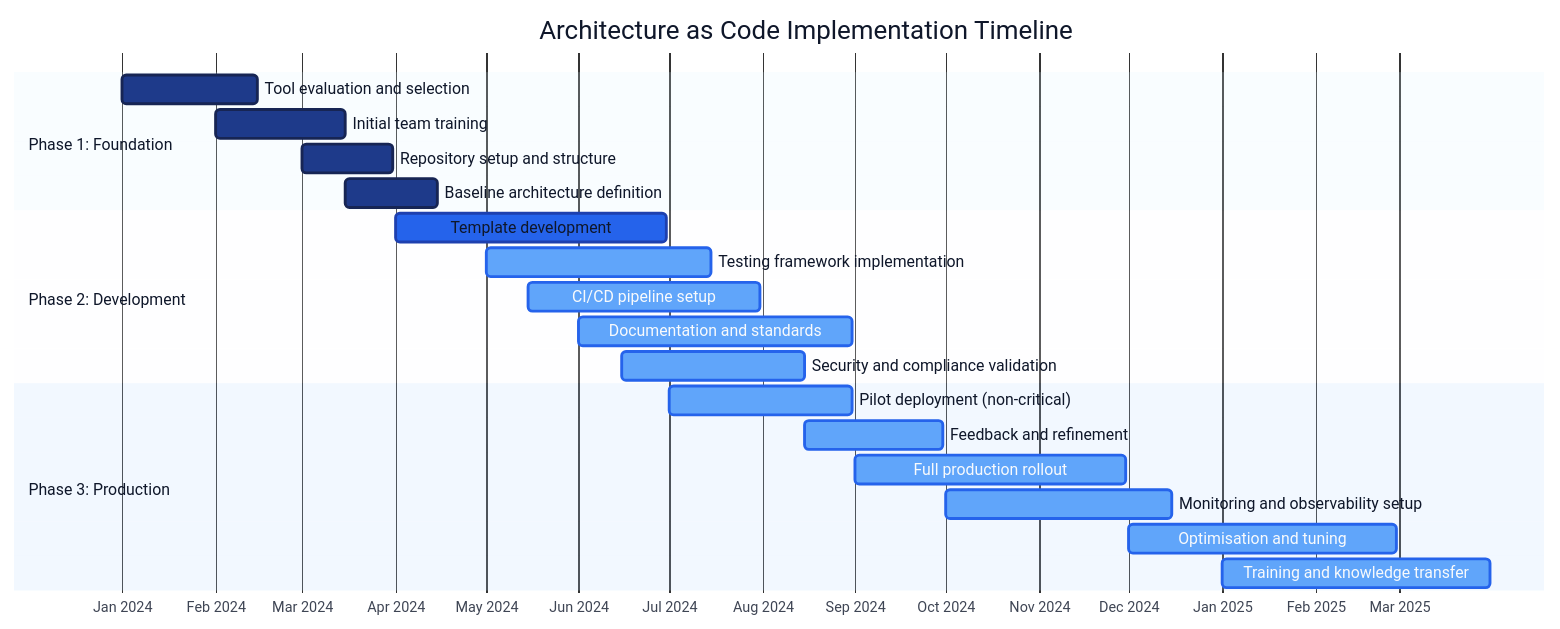
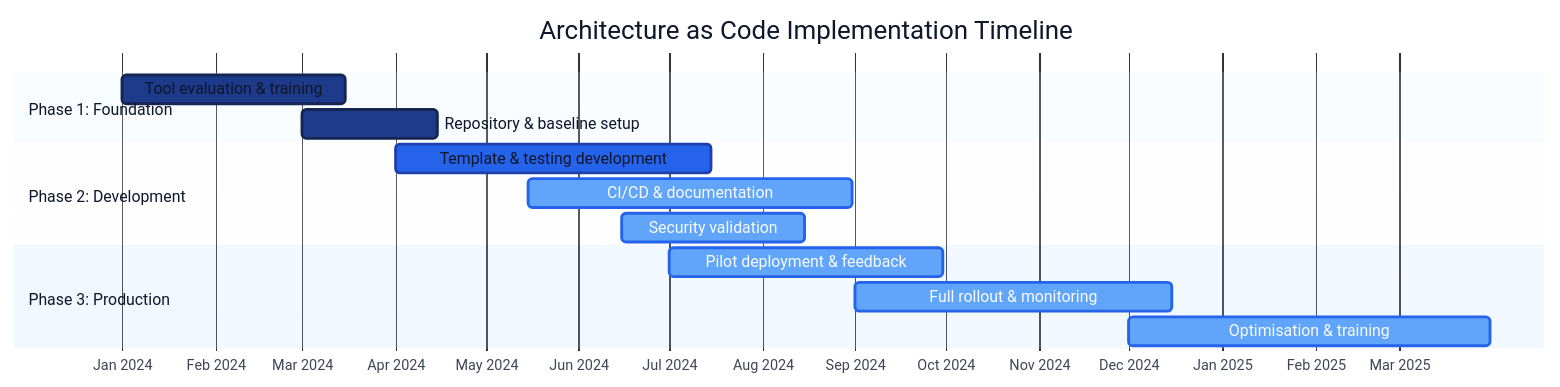
The diagram in docs/images/diagram_05_gantt_timeline.mmd (Geonitab/architecture_as_code), drawn with Mermaid before and after one commit. The commit also changed 10 other files, not shown here.

First line of the commit message:
Simplify complex diagrams to improve readability

```diff
--- a/docs/images/diagram_05_gantt_timeline.mmd
+++ b/docs/images/diagram_05_gantt_timeline.mmd
@@ -1,26 +1,19 @@
 %%{init: {'theme':'base', 'themeVariables': {'primaryColor':'#1E3A8A','primaryTextColor':'#F8FAFC','primaryBorderColor':'#172554','secondaryColor':'#2563EB','tertiaryColor':'#3B82F6','background':'#F8FAFF','mainBkg':'#E0F2FE','secondBkg':'#BFDBFE','lineColor':'#1E3A8A','border1':'#172554','border2':'#1E40AF','arrowheadColor':'#1E3A8A','fontFamily':'Inter, sans-serif','fontSize':'16px','labelTextColor':'#0F172A','textColor':'#0F172A','titleColor':'#0F172A','taskTextColor':'#0F172A','taskTextOutsideColor':'#0F172A','taskTextLightColor':'#F8FAFC','taskTextColor':'#F8FAFC','taskTextDarkColor':'#0F172A','gridColor':'#CBD5E1','doneTaskBkgColor':'#1E3A8A','doneTaskBorderColor':'#172554','activeTaskBkgColor':'#2563EB','activeTaskBorderColor':'#1E40AF','todayLineColor':'#DC2626','critBkgColor':'#DC2626','critBorderColor':'#991B1B','sectionBkgColor':'#E0F2FE','altSectionBkgColor':'#F8FAFF','sectionBkgColor2':'#BFDBFE','taskBkgColor':'#60A5FA','taskBorderColor':'#2563EB'}}}%%
 gantt
     title Architecture as Code Implementation Timeline
     dateFormat YYYY-MM-DD
     axisFormat %b %Y
 
     section Phase 1: Foundation
-    Tool evaluation and selection        :done, eval, 2024-01-01, 2024-02-15
-    Initial team training                :done, train, 2024-02-01, 2024-03-15
-    Repository setup and structure       :done, repo, 2024-03-01, 2024-03-31
-    Baseline architecture definition     :done, baseline, 2024-03-15, 2024-04-15
+    Tool evaluation & training           :done, eval, 2024-01-01, 2024-03-15
+    Repository & baseline setup          :done, repo, 2024-03-01, 2024-04-15
 
     section Phase 2: Development
-    Template development                 :active, dev, 2024-04-01, 2024-06-30
-    Testing framework implementation     :test, 2024-05-01, 2024-07-15
-    CI/CD pipeline setup                 :cicd, 2024-05-15, 2024-07-31
-    Documentation and standards          :docs, 2024-06-01, 2024-08-31
-    Security and compliance validation   :security, 2024-06-15, 2024-08-15
+    Template & testing development       :active, dev, 2024-04-01, 2024-07-15
+    CI/CD & documentation                :cicd, 2024-05-15, 2024-08-31
+    Security validation                  :security, 2024-06-15, 2024-08-15
 
     section Phase 3: Production
-    Pilot deployment (non-critical)      :pilot, 2024-07-01, 2024-08-31
-    Feedback and refinement              :feedback, 2024-08-15, 2024-09-30
-    Full production rollout              :rollout, 2024-09-01, 2024-11-30
-    Monitoring and observability setup   :monitor, 2024-10-01, 2024-12-15
-    Optimisation and tuning              :optimise, 2024-12-01, 2025-02-28
-    Training and knowledge transfer      :knowledge, 2025-01-01, 2025-03-31
+    Pilot deployment & feedback          :pilot, 2024-07-01, 2024-09-30
+    Full rollout & monitoring            :rollout, 2024-09-01, 2024-12-15
+    Optimisation & training              :optimise, 2024-12-01, 2025-03-31
```
